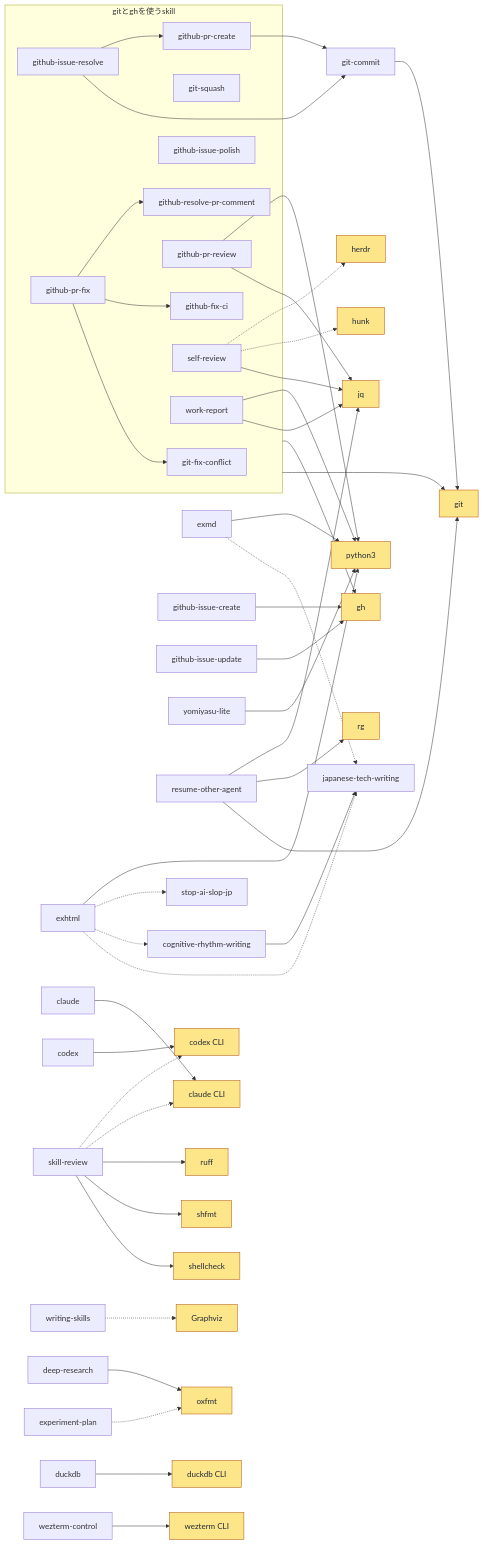
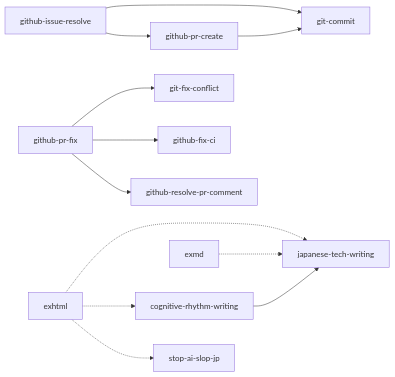
One commit to mjun0812/skills changed the diagram in README_ja.md. Above: the diagram before and after it, drawn with Mermaid. The commit also changed other lines of this file and 1 other file, not shown here.

Commit message:
docs: list external tools in a table instead of the graph
- Keep only skill-to-skill calls in the dependency graph
- List required and optional external tools per skill in a table

````diff
--- a/README_ja.md
+++ b/README_ja.md
@@ -102,59 +102,9 @@
 ```mermaid
 flowchart LR
-    classDef tool fill:#fde68a,stroke:#b45309,color:#1f2937
-
-    subgraph uses_git_gh [gitとghを使うskill]
-        git-fix-conflict
-        git-squash
-        github-fix-ci
-        github-issue-polish
-        github-issue-resolve
-        github-pr-create
-        github-pr-fix
-        github-pr-review
-        github-resolve-pr-comment
-        self-review
-        work-report
-    end
-    uses_git_gh --> t_git & t_gh
-
     github-issue-resolve --> git-commit & github-pr-create
     github-pr-create --> git-commit
     github-pr-fix --> git-fix-conflict & github-fix-ci & github-resolve-pr-comment
     cognitive-rhythm-writing --> japanese-tech-writing
     exhtml -.-> japanese-tech-writing & cognitive-rhythm-writing & stop-ai-slop-jp
     exmd -.-> japanese-tech-writing
-
-    git-commit --> t_git
-    github-issue-create & github-issue-update --> t_gh
-    github-pr-review & work-report & self-review --> t_jq
-    github-pr-review & work-report & exhtml & exmd & yomiyasu-lite --> t_python
-    self-review -.-> t_hunk & t_herdr
-    resume-other-agent --> t_git & t_rg & t_jq
-    claude --> t_claude
-    codex --> t_codex
-    skill-review --> t_shellcheck & t_shfmt & t_ruff
-    skill-review -.-> t_claude & t_codex
-    writing-skills -.-> t_graphviz
-    deep-research --> t_oxfmt
-    experiment-plan -.-> t_oxfmt
-    duckdb --> t_duckdb
-    wezterm-control --> t_wezterm
-
-    t_git[git]:::tool
-    t_gh[gh]:::tool
-    t_jq[jq]:::tool
-    t_python[python3]:::tool
-    t_rg[rg]:::tool
-    t_hunk[hunk]:::tool
-    t_herdr[herdr]:::tool
-    t_claude[claude CLI]:::tool
-    t_codex[codex CLI]:::tool
-    t_shellcheck[shellcheck]:::tool
-    t_shfmt[shfmt]:::tool
-    t_ruff[ruff]:::tool
-    t_graphviz[Graphviz]:::tool
-    t_oxfmt[oxfmt]:::tool
-    t_duckdb[duckdb CLI]:::tool
-    t_wezterm[wezterm CLI]:::tool
 ```
````
